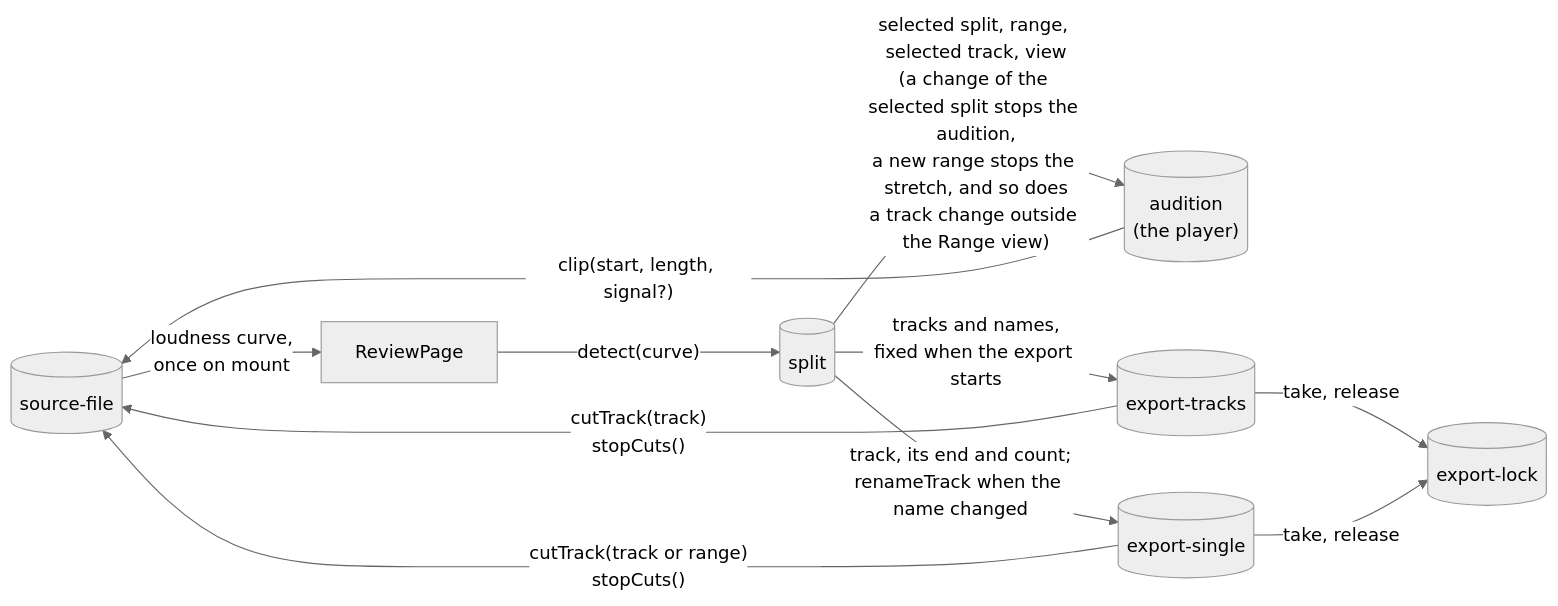
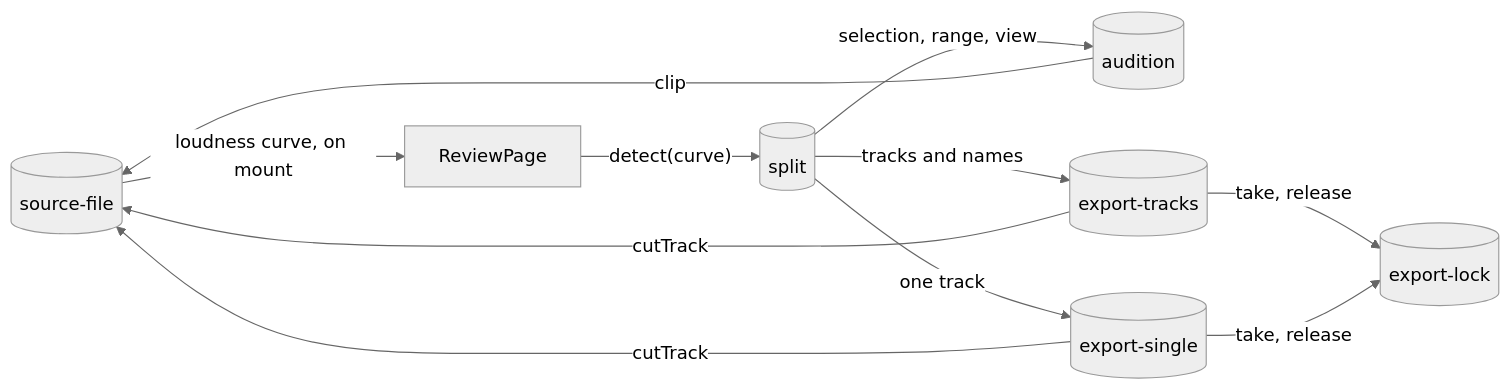
The second of 9 diagrams in docs/architecture.md (suleymanyaryev/audio-splitter), drawn with Mermaid (neutral theme) before and after one commit. The commit also changed other lines of this file and 11 other files, not shown here.

First line of the commit message:
docs: trim the agent docs, README and architecture to what holds now

````diff
--- a/docs/architecture.md
+++ b/docs/architecture.md
@@ -21,21 +54,21 @@
 ```mermaid
 flowchart LR
   sourceFile[("source-file")]
   split[("split")]
-  audition[("audition<br/>(the player)")]
+  audition[("audition")]
   exporter[("export-tracks")]
   exporterSingle[("export-single")]
   exportLock[("export-lock")]
   reviewPage["ReviewPage"]
 
-  sourceFile -- "loudness curve,<br/>once on mount" --> reviewPage
+  sourceFile -- "loudness curve, on mount" --> reviewPage
   reviewPage -- "detect(curve)" --> split
-  split -- "selected split, range, selected track, view<br/>(a change of the selected split stops the audition,<br/>a new range stops the stretch, and so does<br/>a track change outside the Range view)" --> audition
-  audition -- "clip(start, length, signal?)" --> sourceFile
-  split -- "tracks and names,<br/>fixed when the export starts" --> exporter
-  exporter -- "cutTrack(track)<br/>stopCuts()" --> sourceFile
-  split -- "track, its end and count;<br/>renameTrack when the name changed" --> exporterSingle
-  exporterSingle -- "cutTrack(track or range)<br/>stopCuts()" --> sourceFile
+  split -- "selection, range, view" --> audition
+  audition -- "clip" --> sourceFile
+  split -- "tracks and names" --> exporter
+  split -- "one track" --> exporterSingle
+  exporter -- "cutTrack" --> sourceFile
+  exporterSingle -- "cutTrack" --> sourceFile
   exporter -- "take, release" --> exportLock
   exporterSingle -- "take, release" --> exportLock
 ```
````
